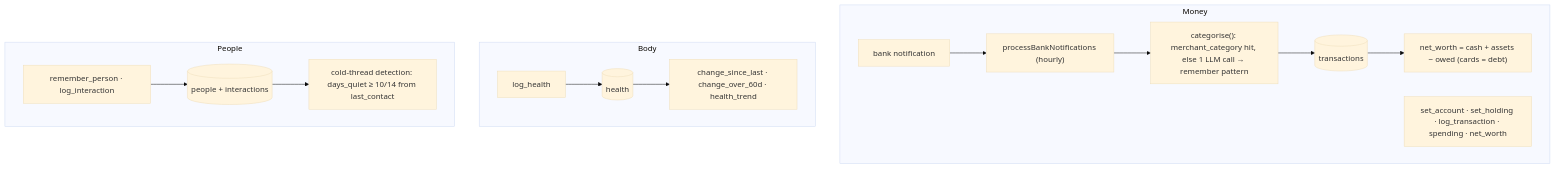
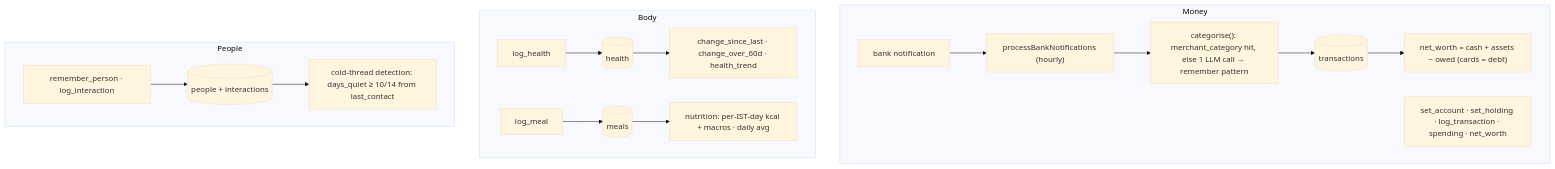
The second of 5 diagrams in docs/07-senses-life-initiative.md (saquibjawedbit/grabber), drawn with Mermaid (base theme) before and after one commit. The commit also changed other lines of this file and 14 other files, not shown here.

````diff
--- a/docs/07-senses-life-initiative.md
+++ b/docs/07-senses-life-initiative.md
@@ -63,18 +63,20 @@
 ```mermaid
 flowchart TB
   subgraph money["Money"]
     bank["bank notification"] --> pbn["processBankNotifications (hourly)"]
     pbn --> cat["categorise(): merchant_category hit, else 1 LLM call → remember pattern"]
     cat --> tx[("transactions")]
     tools_m["set_account · set_holding · log_transaction · spending · net_worth"]
     tx --> nw["net_worth = cash + assets − owed (cards = debt)"]
   end
   subgraph body["Body"]
     lh["log_health"] --> ht[("health")]
     ht --> trend["change_since_last · change_over_60d · health_trend"]
+    lm["log_meal"] --> ml[("meals")]
+    ml --> nut["nutrition: per-IST-day kcal + macros · daily avg"]
   end
   subgraph people["People"]
     rp["remember_person · log_interaction"] --> pr[("people + interactions")]
     pr --> cold["cold-thread detection: days_quiet ≥ 10/14 from last_contact"]
   end
 ```
````
